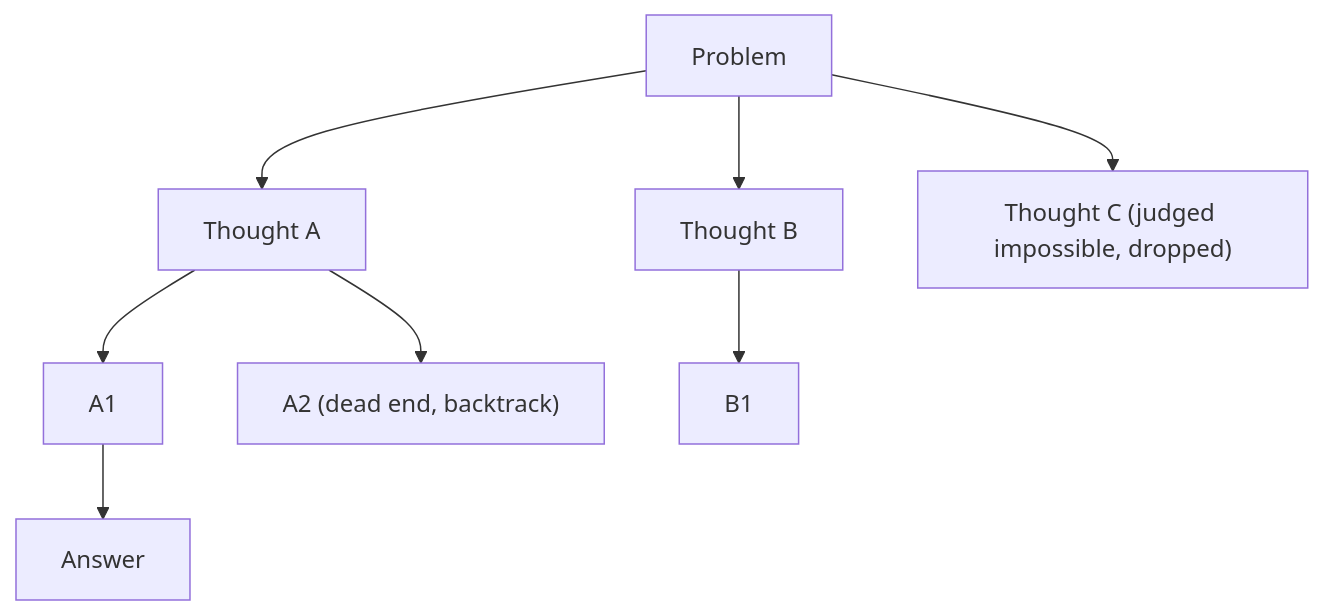
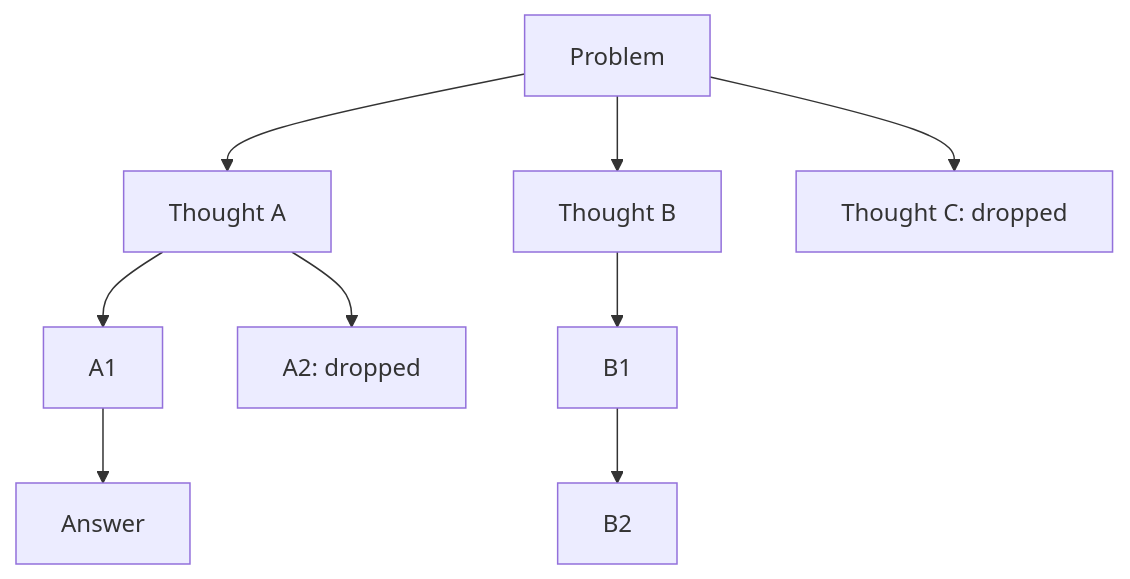
One commit to kaisarnajar/outcome-school-blogs changed the first of 3 diagrams in notes/step-08-prompt-engineering-and-context-engineering/097-how-does-tree-of-thoughts-work.md. Above: the diagram before and after it, drawn with Mermaid. The commit also changed other lines of this file and 233 other files, not shown here.

````diff
--- a/notes/step-08-prompt-engineering-and-context-engineering/097-how-does-tree-of-thoughts-work.md
+++ b/notes/step-08-prompt-engineering-and-context-engineering/097-how-does-tree-of-thoughts-work.md
@@ -55,10 +71,11 @@
 ```mermaid
 flowchart TD
     P["Problem"] --> A["Thought A"]
     P --> B["Thought B"]
-    P --> C["Thought C (judged impossible, dropped)"]
+    P --> C["Thought C: dropped"]
     A --> A1["A1"]
-    A --> A2["A2 (dead end, backtrack)"]
+    A --> A2["A2: dropped"]
     B --> B1["B1"]
+    B1 --> B2["B2"]
     A1 --> ANS["Answer"]
 ```
````
